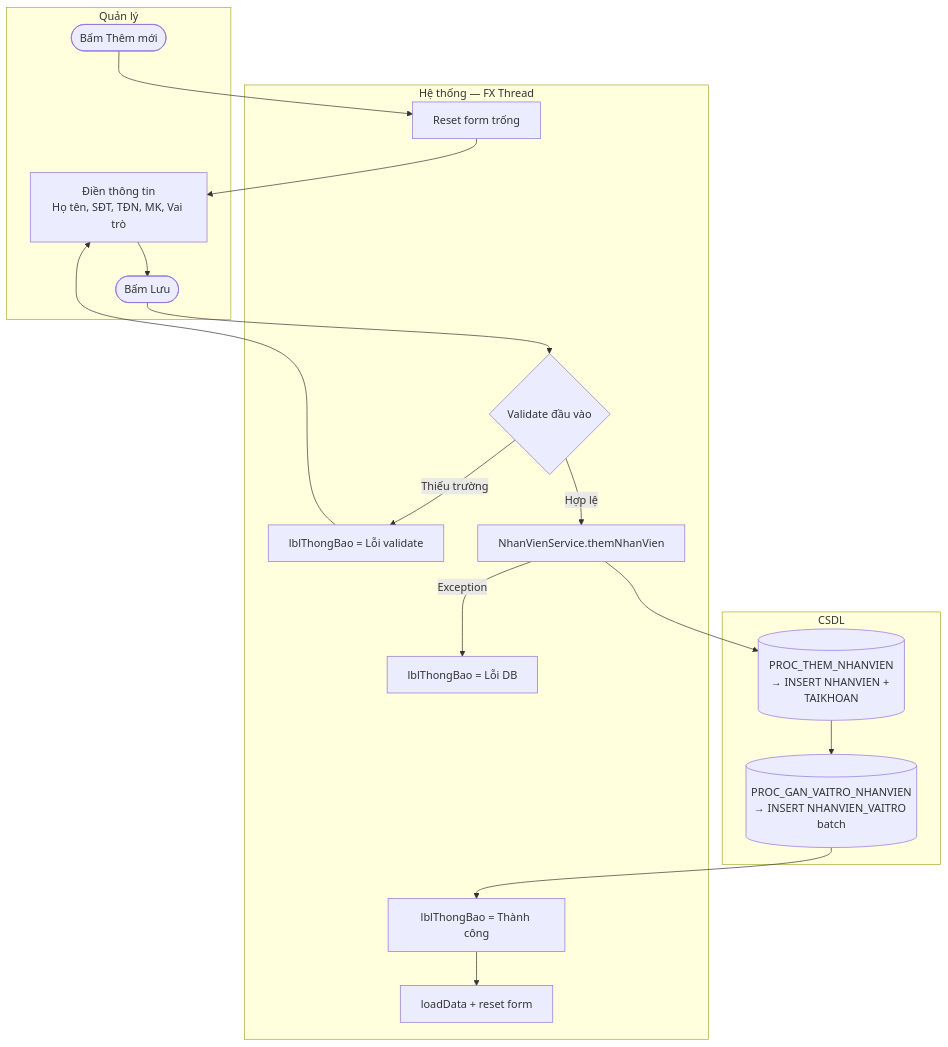
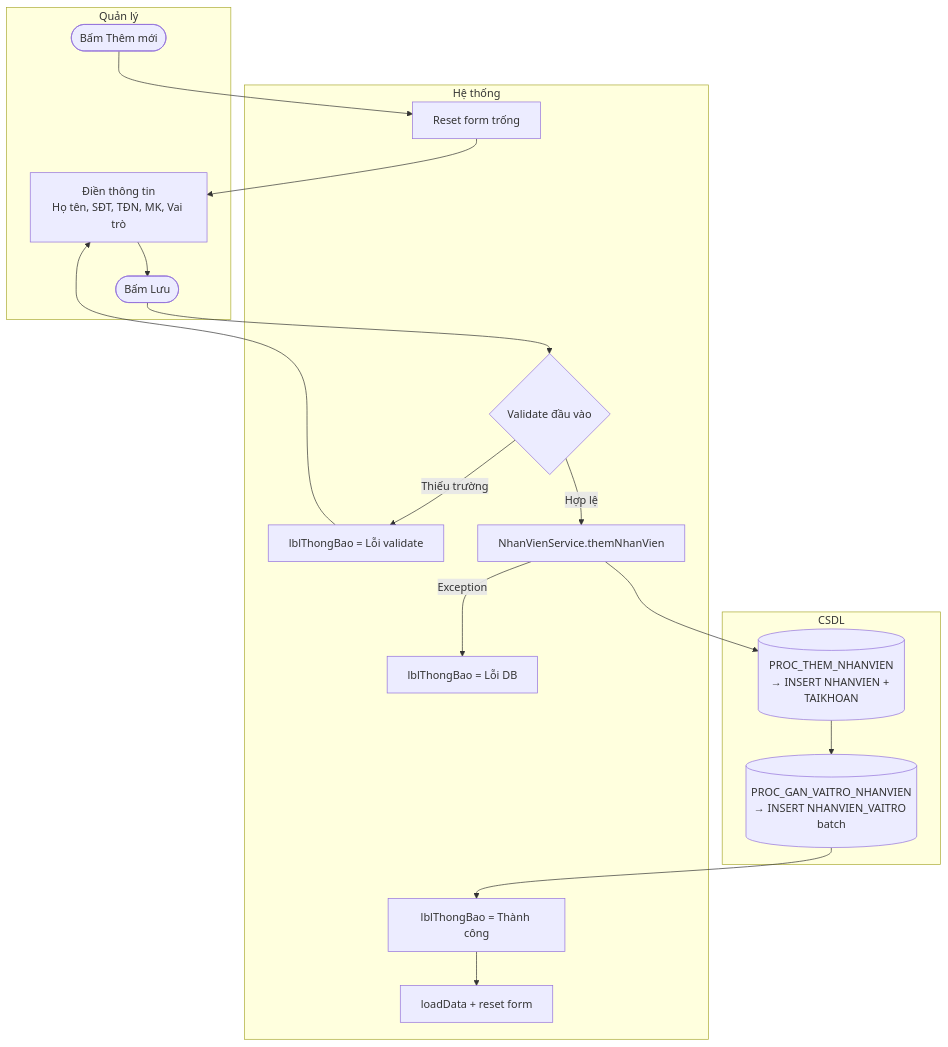
The diagram in .agents/3_business/use_cases/UC04_ThemNhanSu.md (lancelotviendangkhoa710/IS-System-Development), drawn with Mermaid before and after one commit. The commit also changed other lines of this file and 52 other files, not shown here.

````diff
--- a/.agents/3_business/use_cases/UC04_ThemNhanSu.md
+++ b/.agents/3_business/use_cases/UC04_ThemNhanSu.md
@@ -44,29 +44,29 @@
 ```mermaid
 flowchart TD
     subgraph Quan_Ly["Quản lý"]
         A([Bấm Thêm mới])
         C[Điền thông tin\nHọ tên, SĐT, TĐN, MK, Vai trò]
         D([Bấm Lưu])
     end
 
-    subgraph He_Thong["Hệ thống — FX Thread"]
+    subgraph He_Thong["Hệ thống"]
         B[Reset form trống]
         E{Validate đầu vào}
         F[lblThongBao = Lỗi validate]
         G[NhanVienService.themNhanVien]
         H[lblThongBao = Thành công]
         I[loadData + reset form]
         J[lblThongBao = Lỗi DB]
     end
 
     subgraph CSDL["CSDL"]
         K[(PROC_THEM_NHANVIEN\n→ INSERT NHANVIEN + TAIKHOAN)]
         L[(PROC_GAN_VAITRO_NHANVIEN\n→ INSERT NHANVIEN_VAITRO batch)]
     end
 
     A --> B --> C --> D --> E
     E -->|Thiếu trường| F --> C
     E -->|Hợp lệ| G --> K --> L
     L --> H --> I
     G -->|Exception| J
 ```
````
